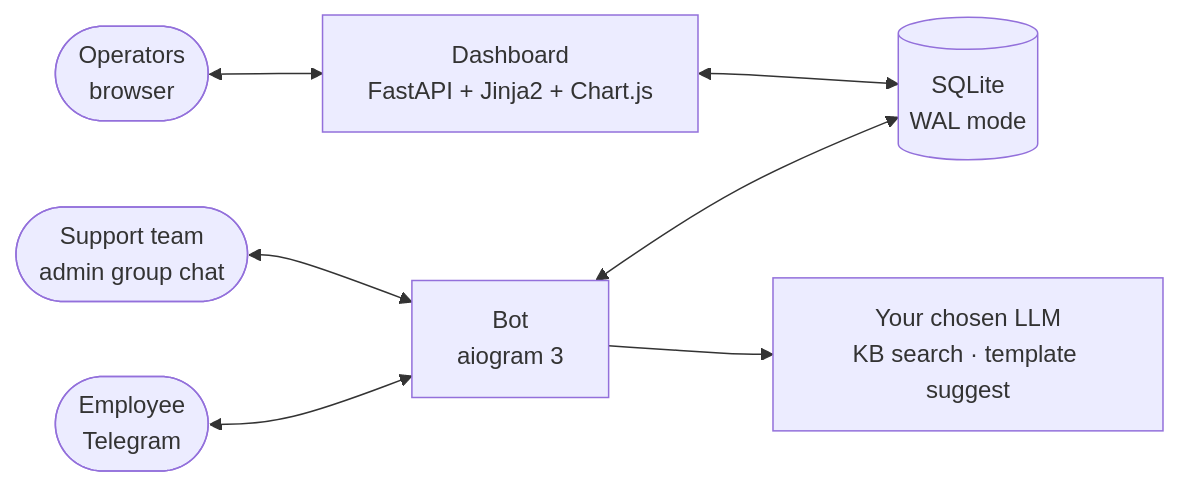
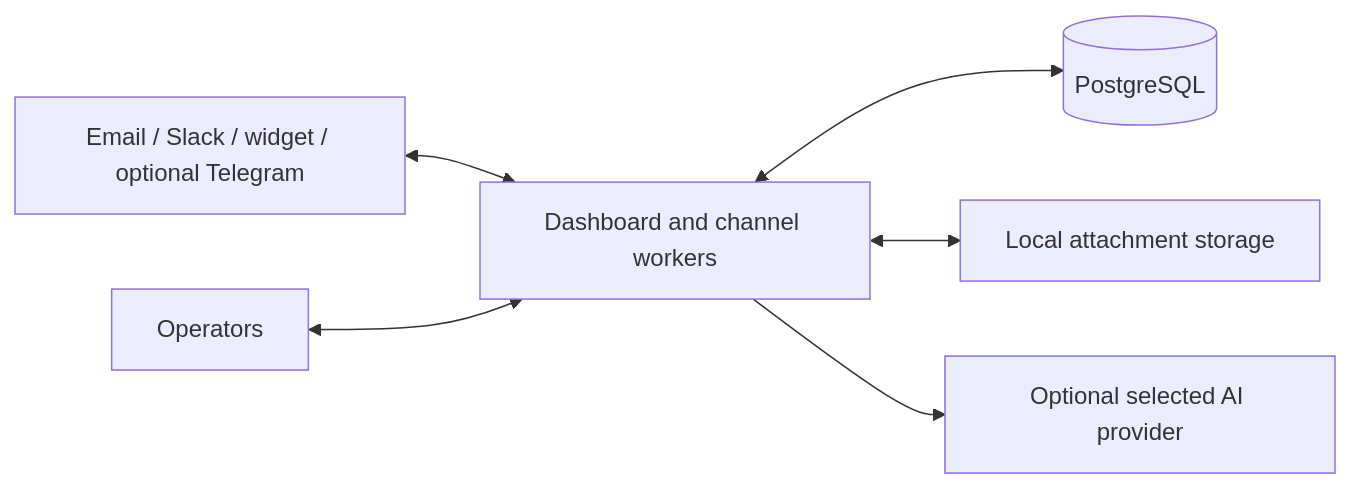
One commit to spooldesk/spool changed the diagram in README.md. Above: the diagram before and after it, drawn with Mermaid. The commit also changed other lines of this file and 323 other files, not shown here.

````diff
--- a/README.md
+++ b/README.md
@@ -150,9 +69,8 @@
 ```mermaid
 flowchart LR
-    U([Employee<br/>Telegram]) <--> B[Bot<br/>aiogram 3]
-    A([Support team<br/>admin group chat]) <--> B
-    B <--> DB[(SQLite<br/>WAL mode)]
-    B --> G[Your chosen LLM<br/>KB search · template suggest]
-    D[Dashboard<br/>FastAPI + Jinja2 + Chart.js] <--> DB
-    O([Operators<br/>browser]) <--> D
+    C[Email / Slack / widget / optional Telegram] <--> D[Dashboard and channel workers]
+    O[Operators] <--> D
+    D <--> P[(PostgreSQL)]
+    D <--> F[Local attachment storage]
+    D --> A[Optional selected AI provider]
 ```
````
